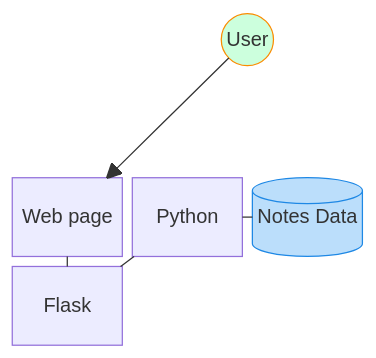
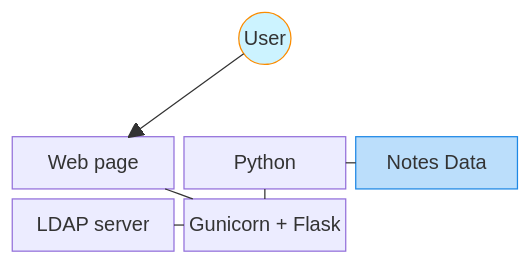
Before and after one commit to debuglachy/ops: the diagram in writeups/writeup-noted-flask-app-design.md, drawn with Mermaid. The commit also changed other lines of this file, not shown here.

````diff
--- a/writeups/writeup-noted-flask-app-design.md
+++ b/writeups/writeup-noted-flask-app-design.md
@@ -40,15 +40,16 @@
 ```mermaid
 block-beta
   columns 3
-  user(("User")):4
+  user(("User")):3
   space:3
-  web["Web page"] app["Python"] db[("Notes Data")]
+  web["Web page"] app["Python"] db[("Notes Data") auth("LDAP server")]
 
   user --> web
   web --- back
+  back --- auth
   app --- db
-  app --- back["Flask"]
+  app --- back["Gunicorn + Flask"]
 
-  style user fill:#ccffdd,stroke:#fb8c00
+  style user fill:#ccf3ff,stroke:#fb8c00
   style db fill:#bbdefb,stroke:#1e88e5
 ```
````
